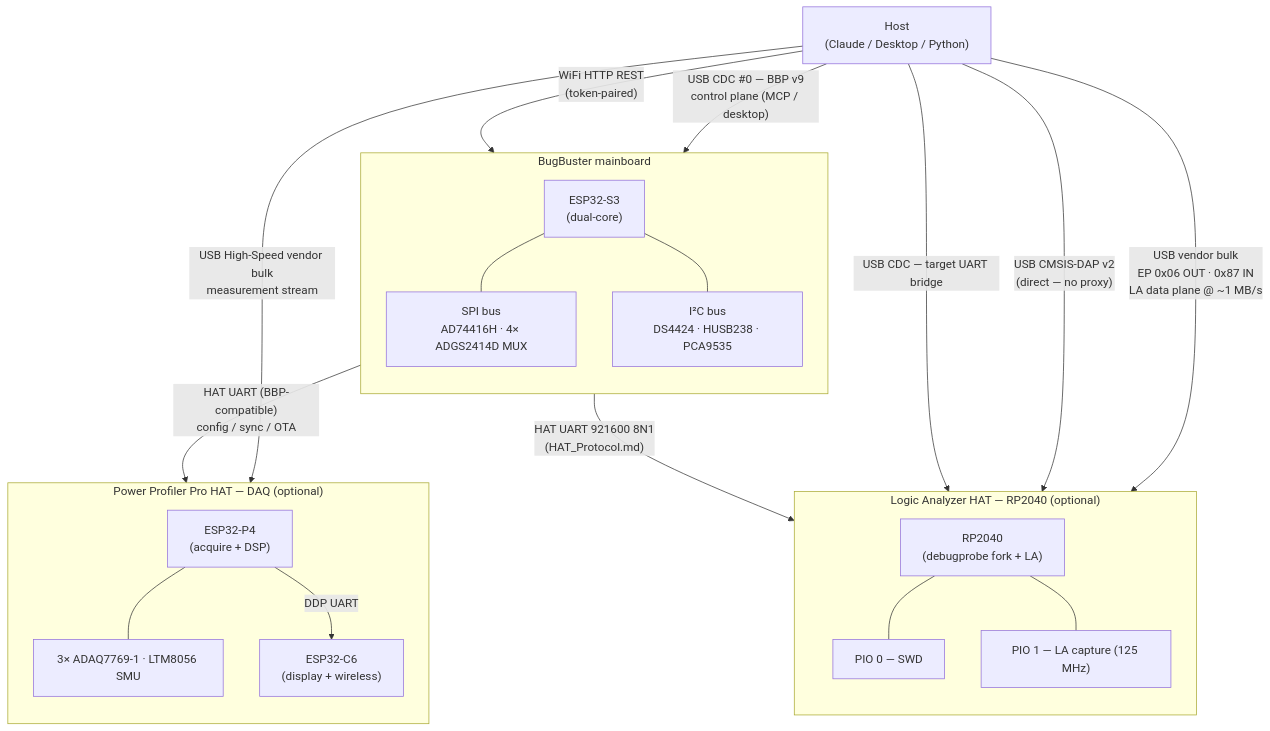
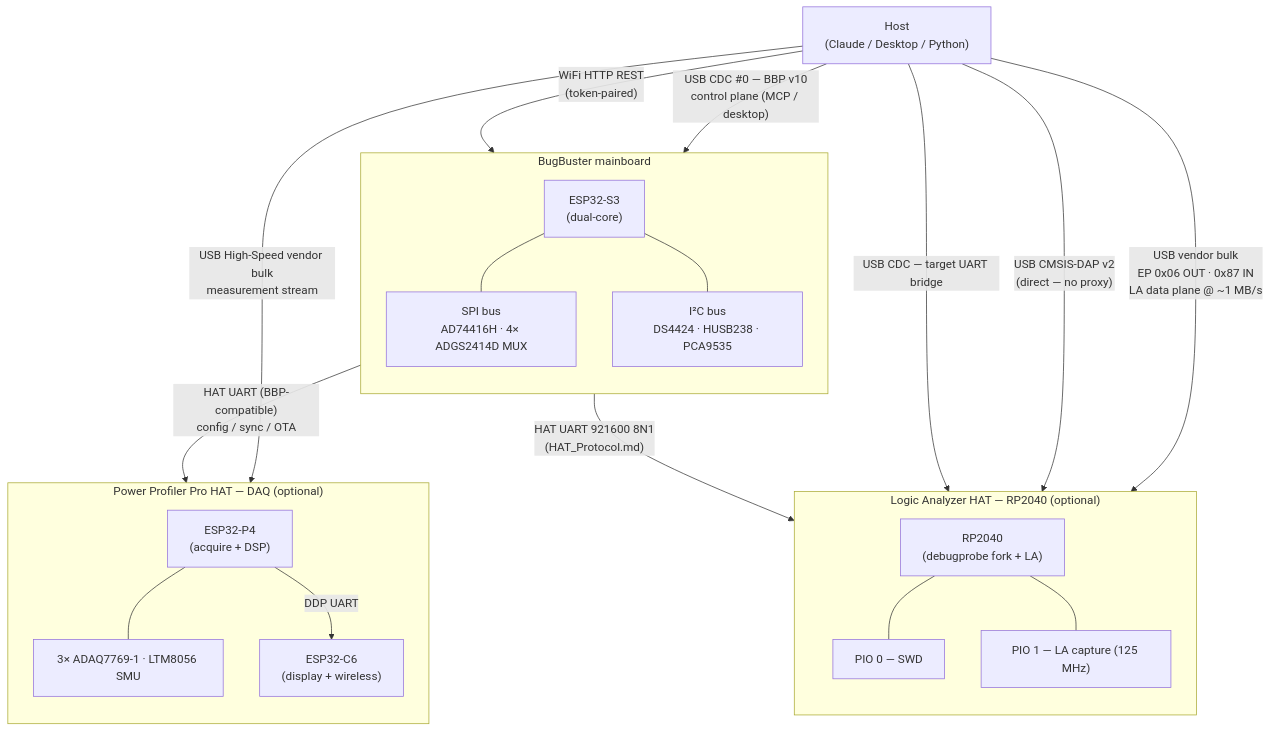
The first of 2 diagrams in README.md (lollokara/BugBuster), drawn with Mermaid before and after one commit. The commit also changed other lines of this file and 9 other files, not shown here.

````diff
--- a/README.md
+++ b/README.md
@@ -205,42 +205,42 @@
 ```mermaid
 flowchart TB
   HOST["Host<br/>(Claude / Desktop / Python)"]
 
   subgraph BB["BugBuster mainboard"]
     direction TB
     ESP32["ESP32-S3<br/>(dual-core)"]
     SPI["SPI bus<br/>AD74416H · 4× ADGS2414D MUX"]
     I2C["I²C bus<br/>DS4424 · HUSB238 · PCA9535"]
     ESP32 --- SPI
     ESP32 --- I2C
   end
 
   subgraph LA["Logic Analyzer HAT — RP2040 (optional)"]
     direction TB
     RP["RP2040<br/>(debugprobe fork + LA)"]
     PIO0["PIO 0 — SWD"]
     PIO1["PIO 1 — LA capture (125 MHz)"]
     RP --- PIO0
     RP --- PIO1
   end
 
   subgraph DAQ["Power Profiler Pro HAT — DAQ (optional)"]
     direction TB
     P4["ESP32-P4<br/>(acquire + DSP)"]
     C6["ESP32-C6<br/>(display + wireless)"]
     AFE["3× ADAQ7769-1 · LTM8056 SMU"]
     P4 --- AFE
     P4 -->|DDP UART| C6
   end
 
-  HOST -->|"USB CDC #0 — BBP v9<br/>control plane (MCP / desktop)"| ESP32
+  HOST -->|"USB CDC #0 — BBP v10<br/>control plane (MCP / desktop)"| ESP32
   HOST -->|"WiFi HTTP REST<br/>(token-paired)"| ESP32
   ESP32 -->|"HAT UART 921600 8N1<br/>(HAT_Protocol.md)"| RP
   ESP32 -->|"HAT UART (BBP-compatible)<br/>config / sync / OTA"| P4
 
   HOST -->|"USB vendor bulk<br/>EP 0x06 OUT · 0x87 IN<br/>LA data plane @ ~1 MB/s"| RP
   HOST -->|"USB CMSIS-DAP v2<br/>(direct — no proxy)"| RP
   HOST -->|"USB CDC — target UART bridge"| RP
 
   HOST -->|"USB High-Speed vendor bulk<br/>measurement stream"| P4
 ```
````
